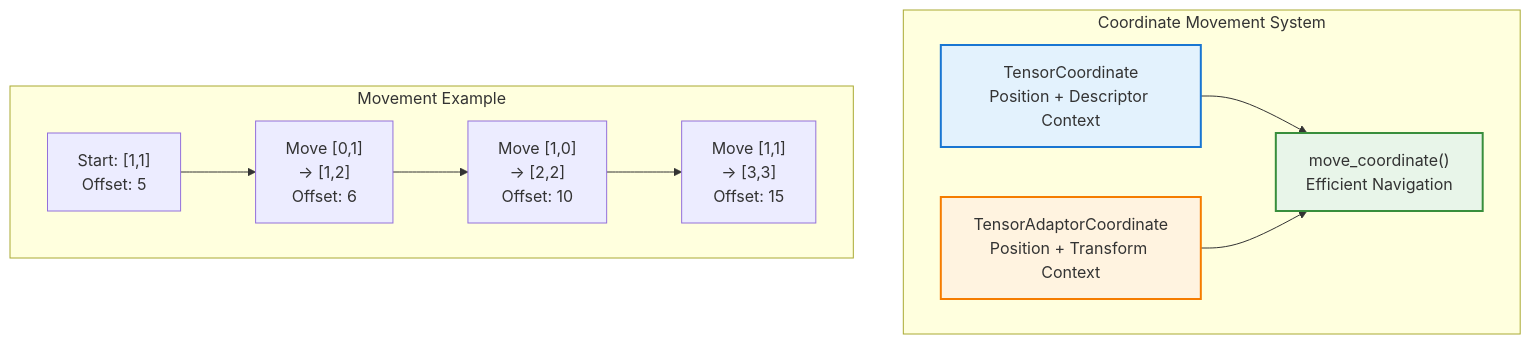
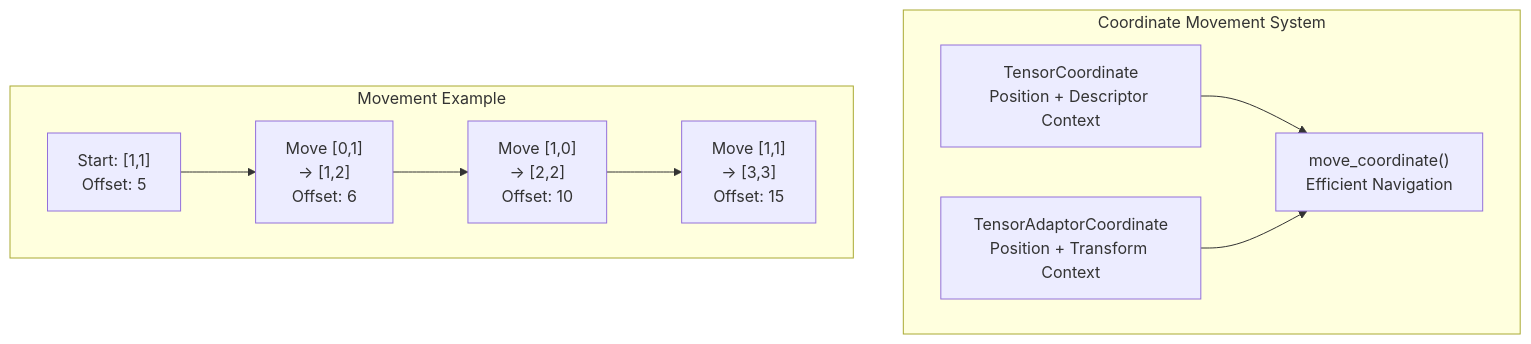
Before and after one commit to ROCm/composable_kernel: the diagram in docs/conceptual/ck_tile/coordinate_movement.rst, drawn with Mermaid. The commit also changed other lines of this file and 21 other files, not shown here.

```diff
--- a/docs/conceptual/ck_tile/coordinate_movement.rst
+++ b/docs/conceptual/ck_tile/coordinate_movement.rst
@@ -26,26 +20,22 @@
-      .. mermaid::
-      
-         graph TB
-             subgraph "Coordinate Movement System"
-                 TC["TensorCoordinate<br/>Position + Descriptor Context"]
-                 TAC["TensorAdaptorCoordinate<br/>Position + Transform Context"]
-                 MC["move_coordinate()<br/>Efficient Navigation"]
-             end
-             
-             subgraph "Movement Example"
-                 S["Start: [1,1]<br/>Offset: 5"]
-                 M1["Move [0,1]<br/>→ [1,2]<br/>Offset: 6"]
-                 M2["Move [1,0]<br/>→ [2,2]<br/>Offset: 10"]
-                 M3["Move [1,1]<br/>→ [3,3]<br/>Offset: 15"]
-             end
-             
-             TC --> MC
-             TAC --> MC
-             
-             S --> M1
-             M1 --> M2
-             M2 --> M3
-             
-             style TC fill:#e3f2fd,stroke:#1976d2,stroke-width:2px
-             style TAC fill:#fff3e0,stroke:#f57c00,stroke-width:2px
-             style MC fill:#e8f5e9,stroke:#388e3c,stroke-width:2px
+.. mermaid::
+
+   graph TB
+       subgraph "Coordinate Movement System"
+           TC["TensorCoordinate<br/>Position + Descriptor Context"]
+           TAC["TensorAdaptorCoordinate<br/>Position + Transform Context"]
+           MC["move_coordinate()<br/>Efficient Navigation"]
+       end
+
+       subgraph "Movement Example"
+           S["Start: [1,1]<br/>Offset: 5"]
+           M1["Move [0,1]<br/>→ [1,2]<br/>Offset: 6"]
+           M2["Move [1,0]<br/>→ [2,2]<br/>Offset: 10"]
+           M3["Move [1,1]<br/>→ [3,3]<br/>Offset: 15"]
+       end
+
+       TC --> MC
+       TAC --> MC
+
+       S --> M1
+       M1 --> M2
+       M2 --> M3
```
